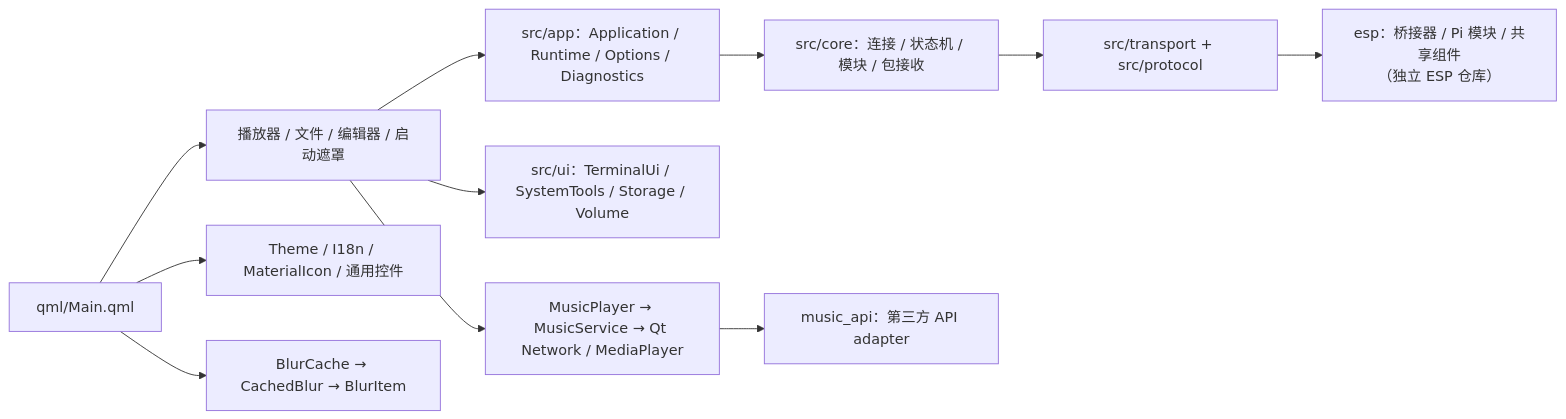
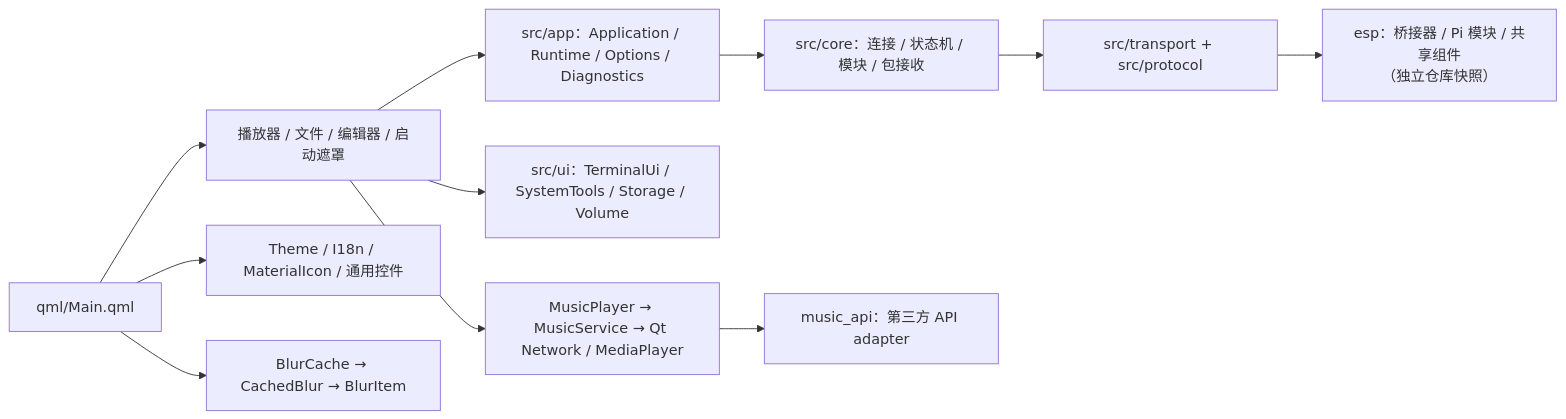
Before and after one commit to Axe665/Multi-Function-ESP32-Pi-Terminal: the second of 2 diagrams in docs/project-code-map.md, drawn with Mermaid. The commit also changed other lines of this file and 1562 other files, not shown here.

````diff
--- a/docs/project-code-map.md
+++ b/docs/project-code-map.md
@@ -32,13 +32,13 @@
 ```mermaid
 flowchart LR
     Main[qml/Main.qml] --> Pages[播放器 / 文件 / 编辑器 / 启动遮罩]
     Main --> SharedQml[Theme / I18n / MaterialIcon / 通用控件]
     Main --> Blur[BlurCache → CachedBlur → BlurItem]
     Pages --> AppCpp[src/app：Application / Runtime / Options / Diagnostics]
     Pages --> UiCpp[src/ui：TerminalUi / SystemTools / Storage / Volume]
     Pages --> MusicCpp[MusicPlayer → MusicService → Qt Network / MediaPlayer]
     AppCpp --> CoreCpp[src/core：连接 / 状态机 / 模块 / 包接收]
     CoreCpp --> Wire[src/transport + src/protocol]
-    Wire --> Esp[esp：桥接器 / Pi 模块 / 共享组件<br/>（独立 ESP 仓库）]
+    Wire --> Esp[esp：桥接器 / Pi 模块 / 共享组件<br/>（独立仓库快照）]
     MusicCpp --> Node[music_api：第三方 API adapter]
 ```
````
